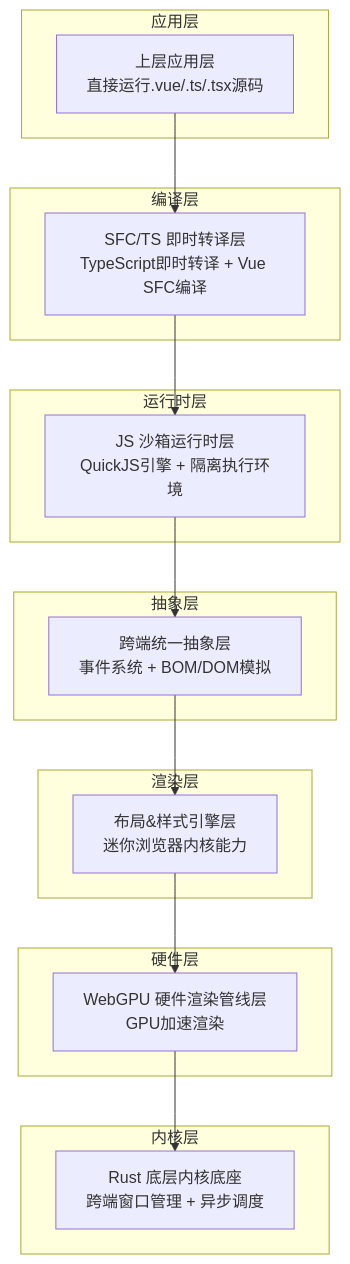
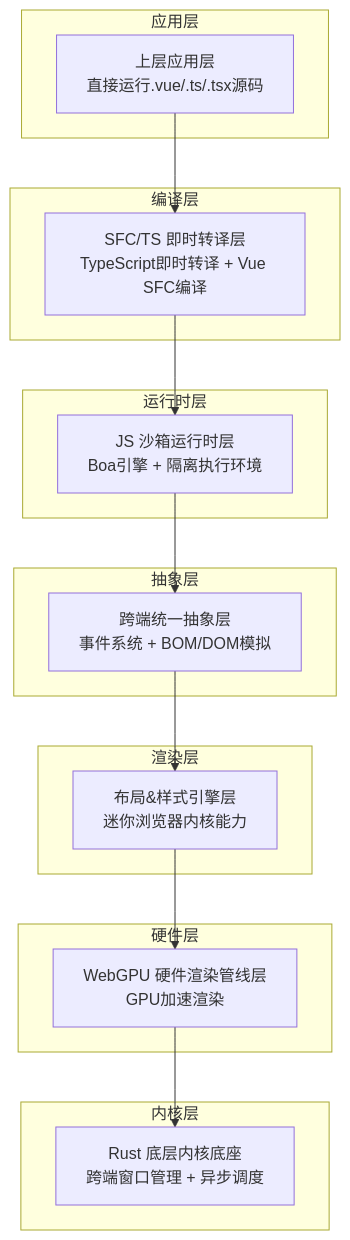
The first of 2 diagrams in .qoder/repowiki/zh/content/项目概述/项目概述.md (itszzl-sudo/iris), drawn with Mermaid before and after one commit. The commit also changed other lines of this file and 55 other files, not shown here.

````diff
--- a/.qoder/repowiki/zh/content/项目概述/项目概述.md
+++ b/.qoder/repowiki/zh/content/项目概述/项目概述.md
@@ -43,25 +48,25 @@
 ```mermaid
 graph TB
 subgraph "应用层"
 App["上层应用层<br/>直接运行.vue/.ts/.tsx源码"]
 end
 subgraph "编译层"
 SFC["SFC/TS 即时转译层<br/>TypeScript即时转译 + Vue SFC编译"]
 end
 subgraph "运行时层"
-Sandbox["JS 沙箱运行时层<br/>QuickJS引擎 + 隔离执行环境"]
+Sandbox["JS 沙箱运行时层<br/>Boa引擎 + 隔离执行环境"]
 end
 subgraph "抽象层"
 Abstraction["跨端统一抽象层<br/>事件系统 + BOM/DOM模拟"]
 end
 subgraph "渲染层"
 Layout["布局&样式引擎层<br/>迷你浏览器内核能力"]
 end
 subgraph "硬件层"
 GPU["WebGPU 硬件渲染管线层<br/>GPU加速渲染"]
 end
 subgraph "内核层"
 Kernel["Rust 底层内核底座<br/>跨端窗口管理 + 异步调度"]
 end
 App --> SFC --> Sandbox --> Abstraction --> Layout --> GPU --> Kernel
 ```
````
